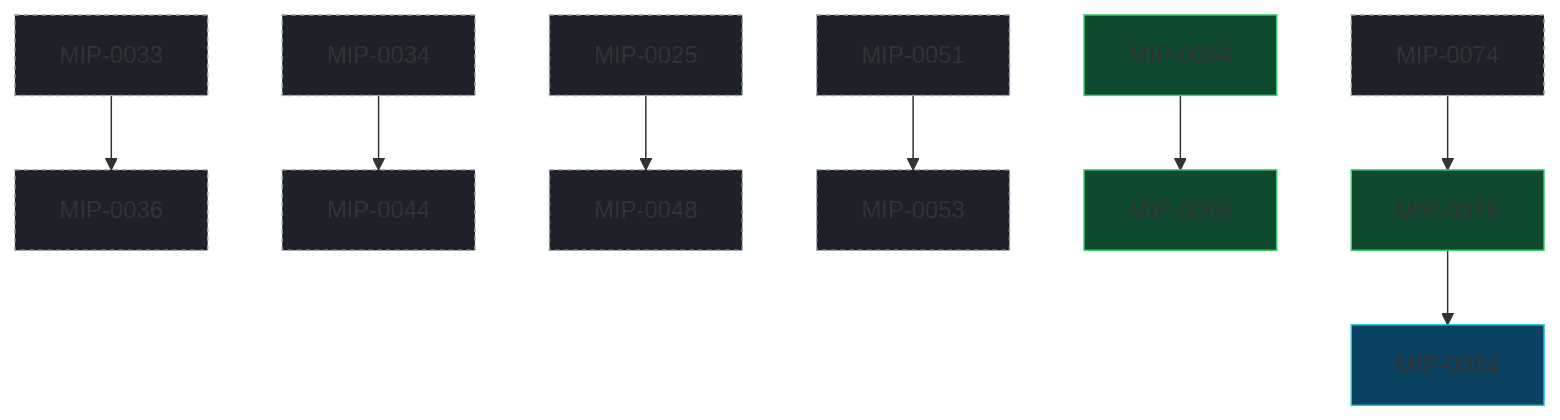
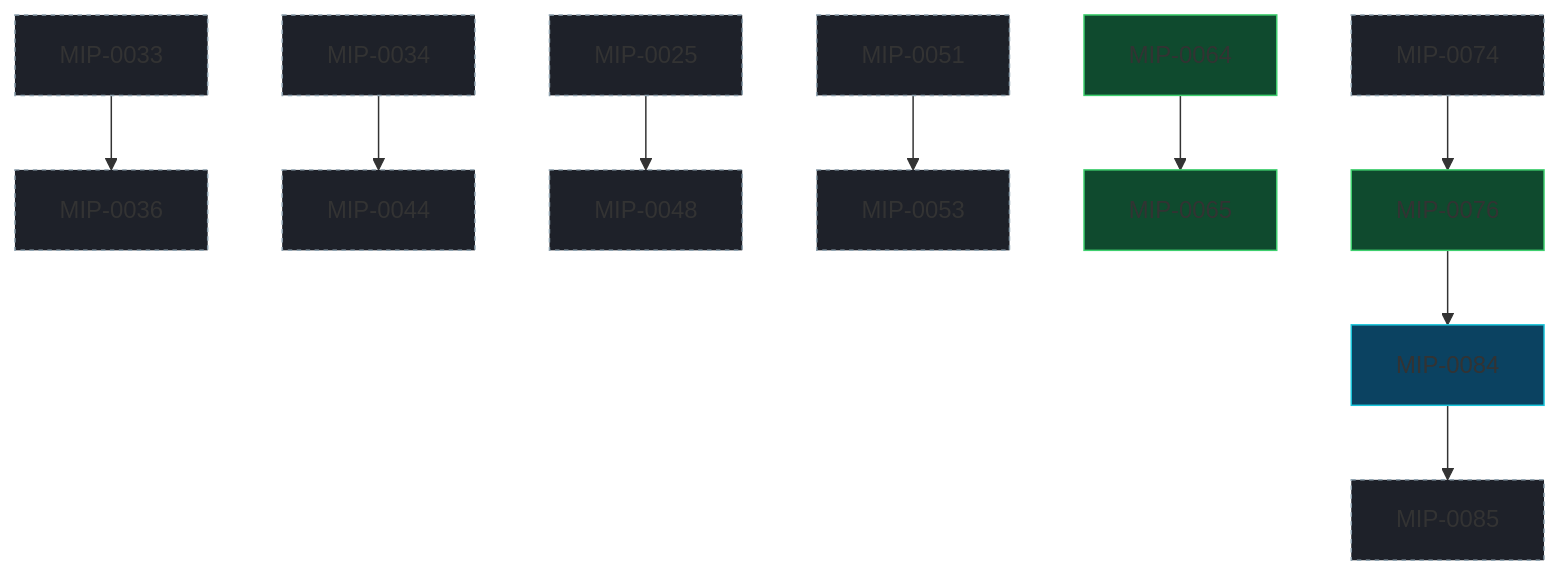
Before and after one commit to marola-dev/marola: the diagram in docs/MIPs/README.md, drawn with Mermaid. The commit also changed other lines of this file and 2 other files, not shown here.

Commit message:
docs(mips): MIP-0085, the routing index family
Plugs doc-code, impact, decisions and a sharpened symbol query into
MIP-0084's routing bundle, each gated by a shared 30-question bench, and
time-boxes a spike pitting BM25 against two MIT static-embedding models.

Tested: mip_graph.py --check and docs-lint (devkit v0.8.3, the flake.lock rev) clean
Cost: ~$0.12 · 228k tokens, 98% cache reads (claude-opus-5-5) · cost-split --session 3f670840, 2026-10-10

````diff
--- a/docs/MIPs/README.md
+++ b/docs/MIPs/README.md
@@ -98,27 +99,29 @@
 ```mermaid
 flowchart TD
   classDef draft fill:#1e2129,stroke:#8fa3b0,stroke-dasharray:3 3;
   classDef accepted fill:#0b4261,stroke:#1ac5da;
   classDef implemented fill:#0f4a2e,stroke:#3ecf6e;
   classDef rejected fill:#2a2d35,stroke:#666,color:#999;
   M0025["MIP-0025"]:::draft
   M0033["MIP-0033"]:::draft
   M0034["MIP-0034"]:::draft
   M0036["MIP-0036"]:::draft
   M0044["MIP-0044"]:::draft
   M0048["MIP-0048"]:::draft
   M0051["MIP-0051"]:::draft
   M0053["MIP-0053"]:::draft
   M0064["MIP-0064"]:::implemented
   M0065["MIP-0065"]:::implemented
   M0074["MIP-0074"]:::draft
   M0076["MIP-0076"]:::implemented
   M0084["MIP-0084"]:::accepted
+  M0085["MIP-0085"]:::draft
   M0025 --> M0048
   M0033 --> M0036
   M0034 --> M0044
   M0051 --> M0053
   M0064 --> M0065
   M0074 --> M0076
   M0076 --> M0084
+  M0084 --> M0085
 ```
````
